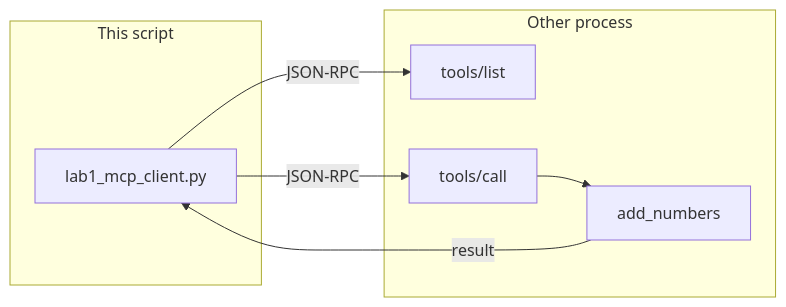
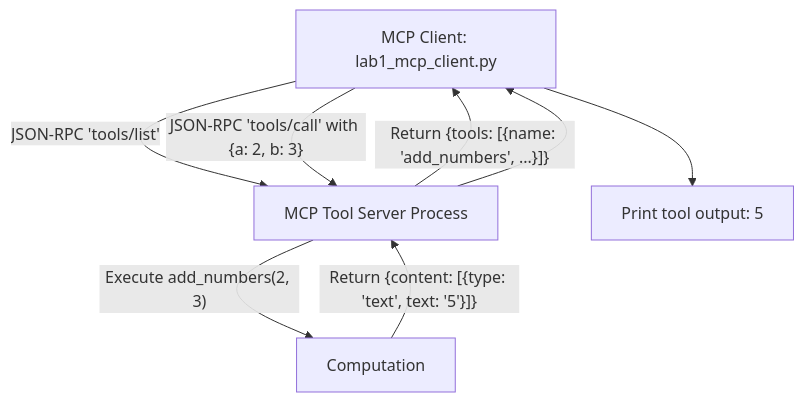
One commit to jacobbweber/AgenticAI-Labs changed the diagram in education/15_mcp_and_skills/lab1_mcp_client.md. Above: the diagram before and after it, drawn with Mermaid. The commit also changed other lines of this file and 123 other files, not shown here.

````diff
--- a/education/15_mcp_and_skills/lab1_mcp_client.md
+++ b/education/15_mcp_and_skills/lab1_mcp_client.md
@@ -14,15 +17,10 @@
 ```mermaid
-flowchart LR
-    subgraph mcp_lab1_client [This script]
-        C["lab1_mcp_client.py"]
-    end
-    subgraph mcp_lab1_server [Other process]
-        L["tools/list"]
-        CALL["tools/call"]
-        FN["add_numbers"]
-    end
-    C -->|"JSON-RPC"| L
-    C -->|"JSON-RPC"| CALL
-    CALL --> FN
-    FN -->|"result"| C
+flowchart TD
+    A["MCP Client: lab1_mcp_client.py"] -->|"JSON-RPC 'tools/list'"| B["MCP Tool Server Process"]
+    B -->|"Return {tools: [{name: 'add_numbers', ...}]}"| A
+    A -->|"JSON-RPC 'tools/call' with {a: 2, b: 3}"| B
+    B -->|"Execute add_numbers(2, 3)"| C["Computation"]
+    C -->|"Return {content: [{type: 'text', text: '5'}]}"| B
+    B --> A
+    A --> D["Print tool output: 5"]
 ```
````
